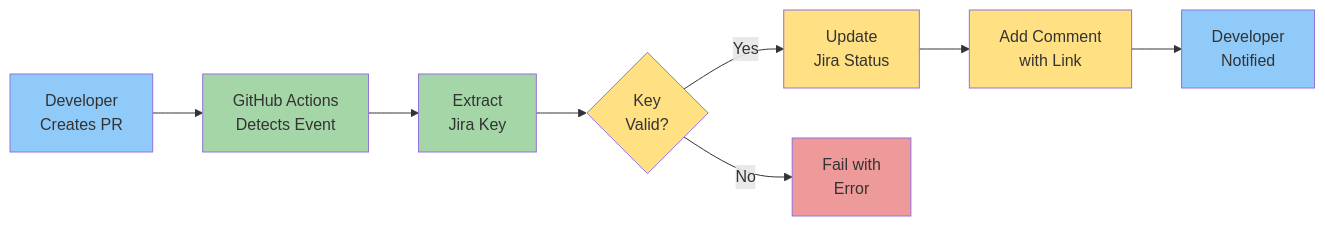
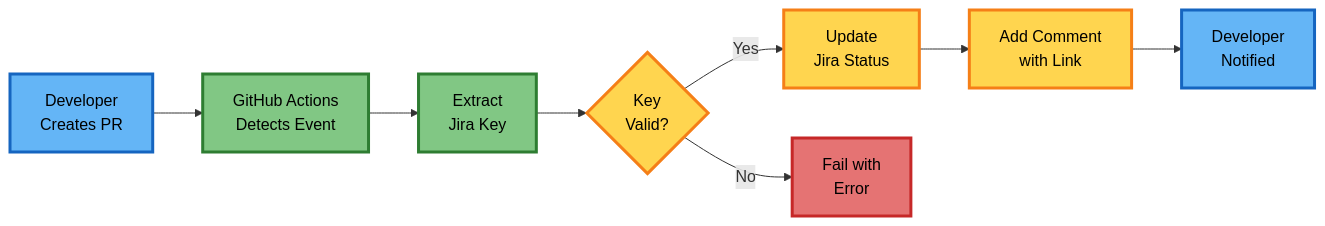
The second of 7 diagrams in UX_ARTIFACTS/WORKFLOW_VISUAL_DIAGRAM.md (proteus100/jira-demo-project), drawn with Mermaid before and after one commit. The commit also changed other lines of this file, not shown here.

First line of the commit message:
Improve diagram contrast for better accessibility

````diff
--- a/UX_ARTIFACTS/WORKFLOW_VISUAL_DIAGRAM.md
+++ b/UX_ARTIFACTS/WORKFLOW_VISUAL_DIAGRAM.md
@@ -51,19 +52,19 @@
 ```mermaid
 flowchart LR
     A[Developer<br/>Creates PR] --> B[GitHub Actions<br/>Detects Event]
     B --> C[Extract<br/>Jira Key]
     C --> D{Key<br/>Valid?}
     D -->|Yes| E[Update<br/>Jira Status]
     D -->|No| F[Fail with<br/>Error]
     E --> G[Add Comment<br/>with Link]
     G --> H[Developer<br/>Notified]
 
-    style A fill:#90CAF9
-    style B fill:#A5D6A7
-    style C fill:#A5D6A7
-    style D fill:#FFE082
-    style E fill:#FFE082
-    style F fill:#EF9A9A
-    style G fill:#FFE082
-    style H fill:#90CAF9
+    style A fill:#64B5F6,stroke:#1565C0,stroke-width:3px,color:#000
+    style B fill:#81C784,stroke:#2E7D32,stroke-width:3px,color:#000
+    style C fill:#81C784,stroke:#2E7D32,stroke-width:3px,color:#000
+    style D fill:#FFD54F,stroke:#F57F17,stroke-width:3px,color:#000
+    style E fill:#FFD54F,stroke:#F57F17,stroke-width:3px,color:#000
+    style F fill:#E57373,stroke:#C62828,stroke-width:3px,color:#000
+    style G fill:#FFD54F,stroke:#F57F17,stroke-width:3px,color:#000
+    style H fill:#64B5F6,stroke:#1565C0,stroke-width:3px,color:#000
 ```
````
